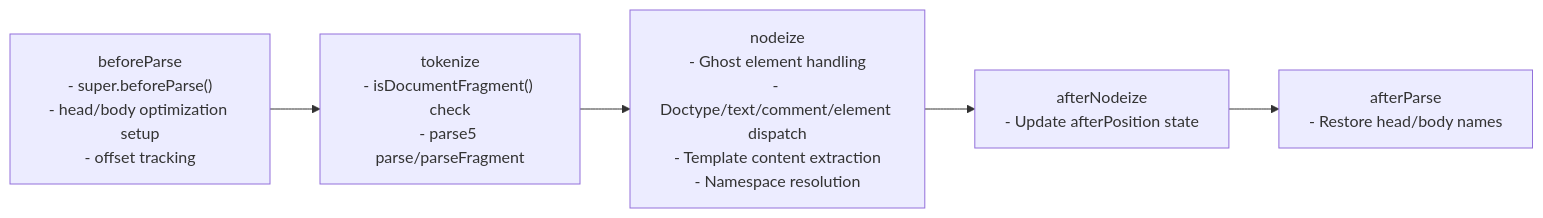
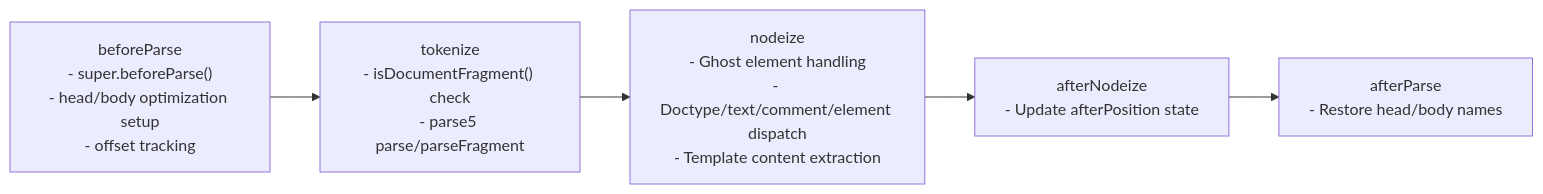
Before and after one commit to markuplint/markuplint: the second of 3 diagrams in packages/@markuplint/html-parser/ARCHITECTURE.md, drawn with Mermaid. The commit also changed other lines of this file, not shown here.

Commit message:
docs(html-parser): remove references to deleted getNamespace from ARCHITECTURE.md

````diff
--- a/packages/@markuplint/html-parser/ARCHITECTURE.md
+++ b/packages/@markuplint/html-parser/ARCHITECTURE.md
@@ -90,10 +85,10 @@
 ```mermaid
 flowchart LR
     A["beforeParse\n- super.beforeParse()\n- head/body optimization setup\n- offset tracking"]
     B["tokenize\n- isDocumentFragment() check\n- parse5 parse/parseFragment"]
-    C["nodeize\n- Ghost element handling\n- Doctype/text/comment/element dispatch\n- Template content extraction\n- Namespace resolution"]
+    C["nodeize\n- Ghost element handling\n- Doctype/text/comment/element dispatch\n- Template content extraction"]
     D["afterNodeize\n- Update afterPosition state"]
     E["afterParse\n- Restore head/body names"]
 
     A --> B --> C --> D --> E
 ```
````
